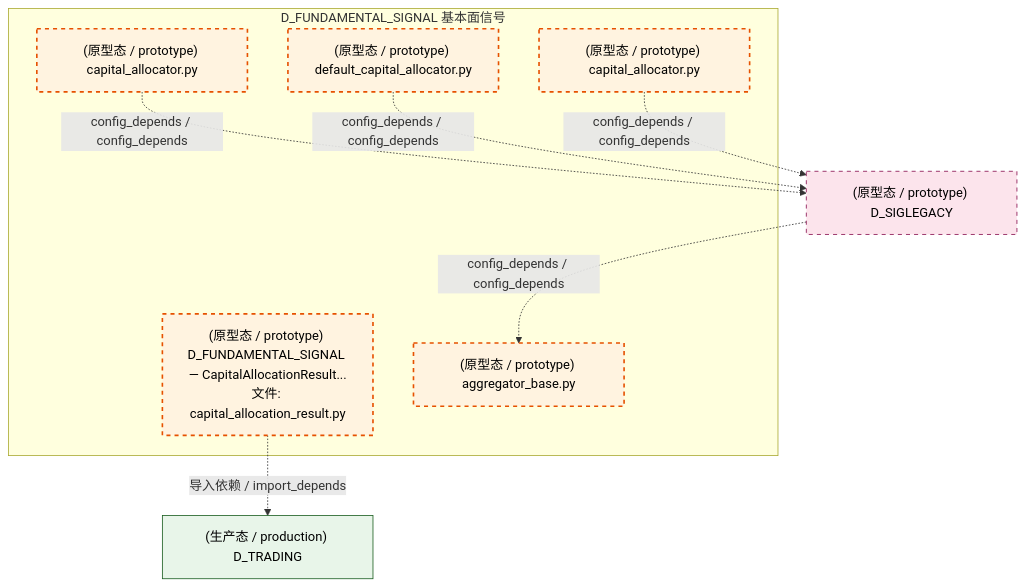
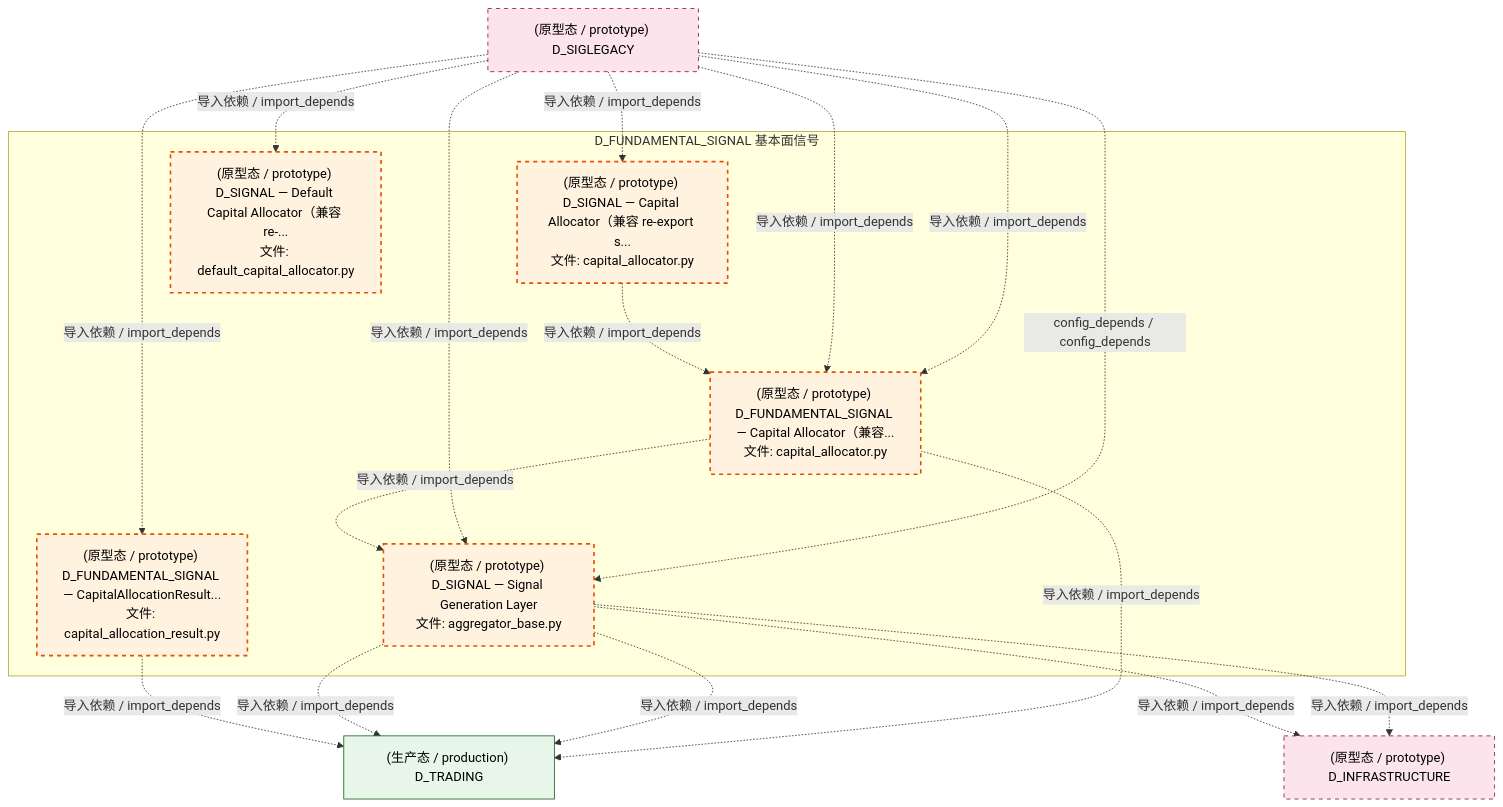
One commit to xuanFelixVan/ZephyrAlpha changed the third of 4 diagrams in docs/02_enterprise_architecture/02_domain_architecture_docs/37_d_fundamental_signal.md. Above: the diagram before and after it, drawn with Mermaid. The commit also changed other lines of this file and 126 other files, not shown here.

````diff
--- a/docs/02_enterprise_architecture/02_domain_architecture_docs/37_d_fundamental_signal.md
+++ b/docs/02_enterprise_architecture/02_domain_architecture_docs/37_d_fundamental_signal.md
@@ -165,24 +195,35 @@
 ```mermaid
 graph TD
     subgraph D_FUNDAMENTAL_SIGNAL["D_FUNDAMENTAL_SIGNAL 基本面信号"]
         src_zephyr_signal_fundamental_capital_capital_allocation_result_py["(原型态 / prototype) D_FUNDAMENTAL_SIGNAL — CapitalAllocationResult...<br/>文件: capital_allocation_result.py"]
-        src_zephyr_signal_fundamental_capital_capital_allocator_py["(原型态 / prototype) capital_allocator.py"]
-        src_zephyr_signal_fundamental_capital_default_capital_allocator_py["(原型态 / prototype) default_capital_allocator.py"]
-        src_zephyr_signal_fundamental_gen_aggregator_base_py["(原型态 / prototype) aggregator_base.py"]
-        src_zephyr_signal_fundamental_strategy_capital_allocator_py["(原型态 / prototype) capital_allocator.py"]
+        src_zephyr_signal_fundamental_capital_capital_allocator_py["(原型态 / prototype) D_SIGNAL — Capital Allocator（兼容 re-export s...<br/>文件: capital_allocator.py"]
+        src_zephyr_signal_fundamental_capital_default_capital_allocator_py["(原型态 / prototype) D_SIGNAL — Default Capital Allocator（兼容 re-...<br/>文件: default_capital_allocator.py"]
+        src_zephyr_signal_fundamental_gen_aggregator_base_py["(原型态 / prototype) D_SIGNAL — Signal Generation Layer<br/>文件: aggregator_base.py"]
+        src_zephyr_signal_fundamental_strategy_capital_allocator_py["(原型态 / prototype) D_FUNDAMENTAL_SIGNAL — Capital Allocator（兼容...<br/>文件: capital_allocator.py"]
     end
-    D_SIGLEGACY["(原型态 / prototype) D_SIGLEGACY"]
-    src_zephyr_signal_fundamental_capital_capital_allocator_py -.->|config_depends / config_depends| D_SIGLEGACY
-    src_zephyr_signal_fundamental_capital_default_capital_allocator_py -.->|config_depends / config_depends| D_SIGLEGACY
+    src_zephyr_signal_fundamental_capital_capital_allocator_py -.->|导入依赖 / import_depends| src_zephyr_signal_fundamental_strategy_capital_allocator_py
+    src_zephyr_signal_fundamental_strategy_capital_allocator_py -.->|导入依赖 / import_depends| src_zephyr_signal_fundamental_gen_aggregator_base_py
     D_TRADING["(生产态 / production) D_TRADING"]
     src_zephyr_signal_fundamental_capital_capital_allocation_result_py -.->|导入依赖 / import_depends| D_TRADING
-    src_zephyr_signal_fundamental_strategy_capital_allocator_py -.->|config_depends / config_depends| D_SIGLEGACY
+    src_zephyr_signal_fundamental_gen_aggregator_base_py -.->|导入依赖 / import_depends| D_TRADING
+    D_INFRASTRUCTURE["(原型态 / prototype) D_INFRASTRUCTURE"]
+    src_zephyr_signal_fundamental_gen_aggregator_base_py -.->|导入依赖 / import_depends| D_INFRASTRUCTURE
+    src_zephyr_signal_fundamental_gen_aggregator_base_py -.->|导入依赖 / import_depends| D_TRADING
+    src_zephyr_signal_fundamental_gen_aggregator_base_py -.->|导入依赖 / import_depends| D_INFRASTRUCTURE
+    src_zephyr_signal_fundamental_strategy_capital_allocator_py -.->|导入依赖 / import_depends| D_TRADING
+    D_SIGLEGACY["(原型态 / prototype) D_SIGLEGACY"]
+    D_SIGLEGACY -.->|导入依赖 / import_depends| src_zephyr_signal_fundamental_capital_capital_allocation_result_py
+    D_SIGLEGACY -.->|导入依赖 / import_depends| src_zephyr_signal_fundamental_capital_capital_allocator_py
+    D_SIGLEGACY -.->|导入依赖 / import_depends| src_zephyr_signal_fundamental_capital_default_capital_allocator_py
+    D_SIGLEGACY -.->|导入依赖 / import_depends| src_zephyr_signal_fundamental_gen_aggregator_base_py
+    D_SIGLEGACY -.->|导入依赖 / import_depends| src_zephyr_signal_fundamental_strategy_capital_allocator_py
+    D_SIGLEGACY -.->|导入依赖 / import_depends| src_zephyr_signal_fundamental_strategy_capital_allocator_py
     D_SIGLEGACY -.->|config_depends / config_depends| src_zephyr_signal_fundamental_gen_aggregator_base_py
     classDef production fill:#e1f5fe,stroke:#01579b,stroke-width:2px,color:#000
     classDef design fill:#fff3e0,stroke:#e65100,stroke-width:2px,color:#000,stroke-dasharray: 5 5
     classDef external_prod fill:#e8f5e9,stroke:#1b5e20,stroke-width:1px,color:#000
     classDef external_design fill:#fce4ec,stroke:#880e4f,stroke-width:1px,color:#000,stroke-dasharray: 5 5
     class src_zephyr_signal_fundamental_capital_capital_allocation_result_py,src_zephyr_signal_fundamental_capital_capital_allocator_py,src_zephyr_signal_fundamental_capital_default_capital_allocator_py,src_zephyr_signal_fundamental_gen_aggregator_base_py,src_zephyr_signal_fundamental_strategy_capital_allocator_py design
     class D_TRADING external_prod
-    class D_SIGLEGACY external_design
+    class D_INFRASTRUCTURE,D_SIGLEGACY external_design
 ```
````
